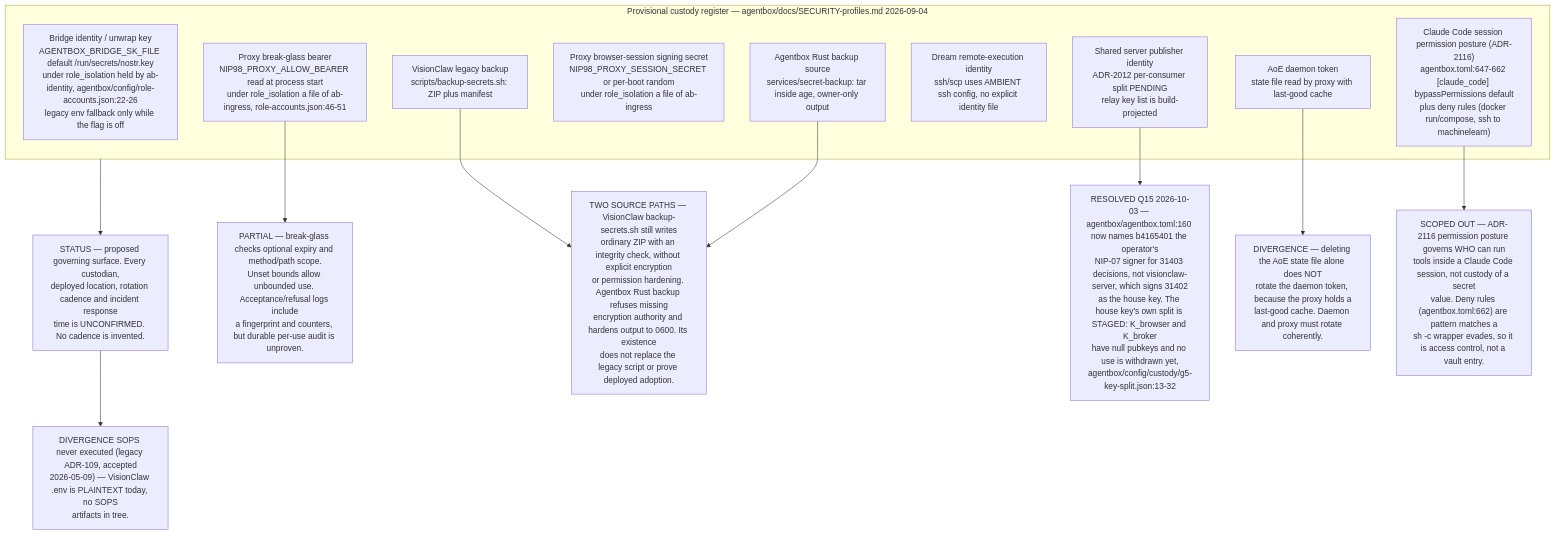
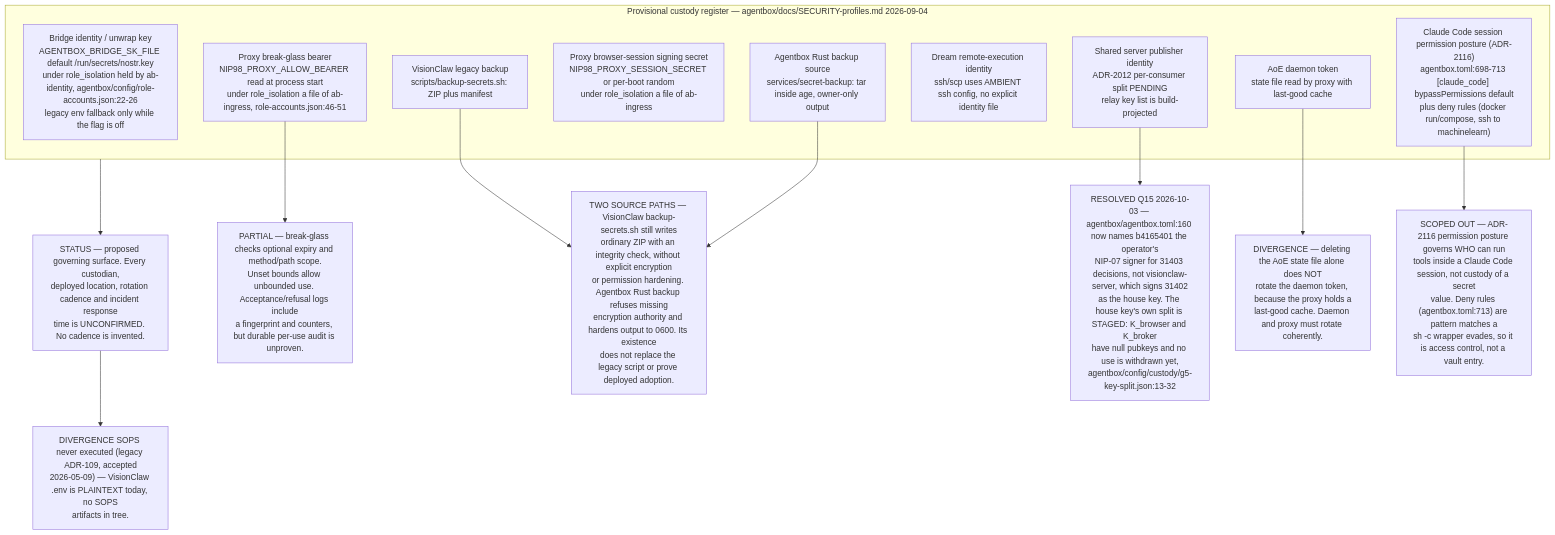
One commit to DreamLab-AI/VisionFlow changed the ninth of 11 diagrams in docs/diagrams/estate/10-deployment-and-security-profiles.md. Above: the diagram before and after it, drawn with Mermaid. The commit also changed other lines of this file and 160 other files, not shown here.

````diff
--- a/docs/diagrams/estate/10-deployment-and-security-profiles.md
+++ b/docs/diagrams/estate/10-deployment-and-security-profiles.md
@@ -356,30 +361,30 @@
 ```mermaid
 flowchart TB
     subgraph reg["Provisional custody register — agentbox/docs/SECURITY-profiles.md 2026-09-04"]
         C1["Bridge identity / unwrap key<br/>AGENTBOX_BRIDGE_SK_FILE default /run/secrets/nostr.key<br/>under role_isolation held by ab-identity, agentbox/config/role-accounts.json:22-26<br/>legacy env fallback only while the flag is off"]
         C2["Shared server publisher identity<br/>ADR-2012 per-consumer split PENDING<br/>relay key list is build-projected"]
         C3["Proxy break-glass bearer<br/>NIP98_PROXY_ALLOW_BEARER read at process start<br/>under role_isolation a file of ab-ingress, role-accounts.json:46-51"]
         C4["Proxy browser-session signing secret<br/>NIP98_PROXY_SESSION_SECRET or per-boot random<br/>under role_isolation a file of ab-ingress"]
         C5["AoE daemon token<br/>state file read by proxy with last-good cache"]
         C6["Dream remote-execution identity<br/>ssh/scp uses AMBIENT ssh config, no explicit identity file"]
         C7["VisionClaw legacy backup<br/>scripts/backup-secrets.sh: ZIP plus manifest"]
         C8["Agentbox Rust backup source<br/>services/secret-backup: tar inside age, owner-only output"]
-        C9["Claude Code session permission posture (ADR-2116)<br/>agentbox.toml:647-662 [claude_code] bypassPermissions default<br/>plus deny rules (docker run/compose, ssh to machinelearn)"]
+        C9["Claude Code session permission posture (ADR-2116)<br/>agentbox.toml:698-713 [claude_code] bypassPermissions default<br/>plus deny rules (docker run/compose, ssh to machinelearn)"]
     end
     ST["STATUS — proposed governing surface. Every custodian,<br/>deployed location, rotation cadence and incident response<br/>time is UNCONFIRMED. No cadence is invented."]
     D1["PARTIAL — break-glass checks optional expiry and method/path scope.<br/>Unset bounds allow unbounded use. Acceptance/refusal logs include<br/>a fingerprint and counters, but durable per-use audit is unproven."]
     D2["TWO SOURCE PATHS — VisionClaw backup-secrets.sh still writes<br/>ordinary ZIP with an integrity check, without explicit encryption<br/>or permission hardening. Agentbox Rust backup refuses missing<br/>encryption authority and hardens output to 0600. Its existence<br/>does not replace the legacy script or prove deployed adoption."]
     D3["RESOLVED Q15 2026-10-03 — agentbox/agentbox.toml:160 now names b4165401 the operator's<br/>NIP-07 signer for 31403 decisions, not visionclaw-server, which signs 31402<br/>as the house key. The house key's own split is STAGED: K_browser and K_broker<br/>have null pubkeys and no use is withdrawn yet,<br/>agentbox/config/custody/g5-key-split.json:13-32"]
     D4["DIVERGENCE — deleting the AoE state file alone does NOT<br/>rotate the daemon token, because the proxy holds a<br/>last-good cache. Daemon and proxy must rotate coherently."]
     D5["DIVERGENCE SOPS never executed (legacy ADR-109, accepted<br/>2026-05-09) — VisionClaw .env is PLAINTEXT today, no SOPS<br/>artifacts in tree."]
-    D6["SCOPED OUT — ADR-2116 permission posture governs WHO can run<br/>tools inside a Claude Code session, not custody of a secret<br/>value. Deny rules (agentbox.toml:662) are pattern matches a<br/>sh -c wrapper evades, so it is access control, not a vault entry."]
+    D6["SCOPED OUT — ADR-2116 permission posture governs WHO can run<br/>tools inside a Claude Code session, not custody of a secret<br/>value. Deny rules (agentbox.toml:713) are pattern matches a<br/>sh -c wrapper evades, so it is access control, not a vault entry."]
 
     reg --> ST
     C3 --> D1
     C7 --> D2
     C8 --> D2
     C2 --> D3
     C5 --> D4
     ST --> D5
     C9 --> D6
 ```
````
